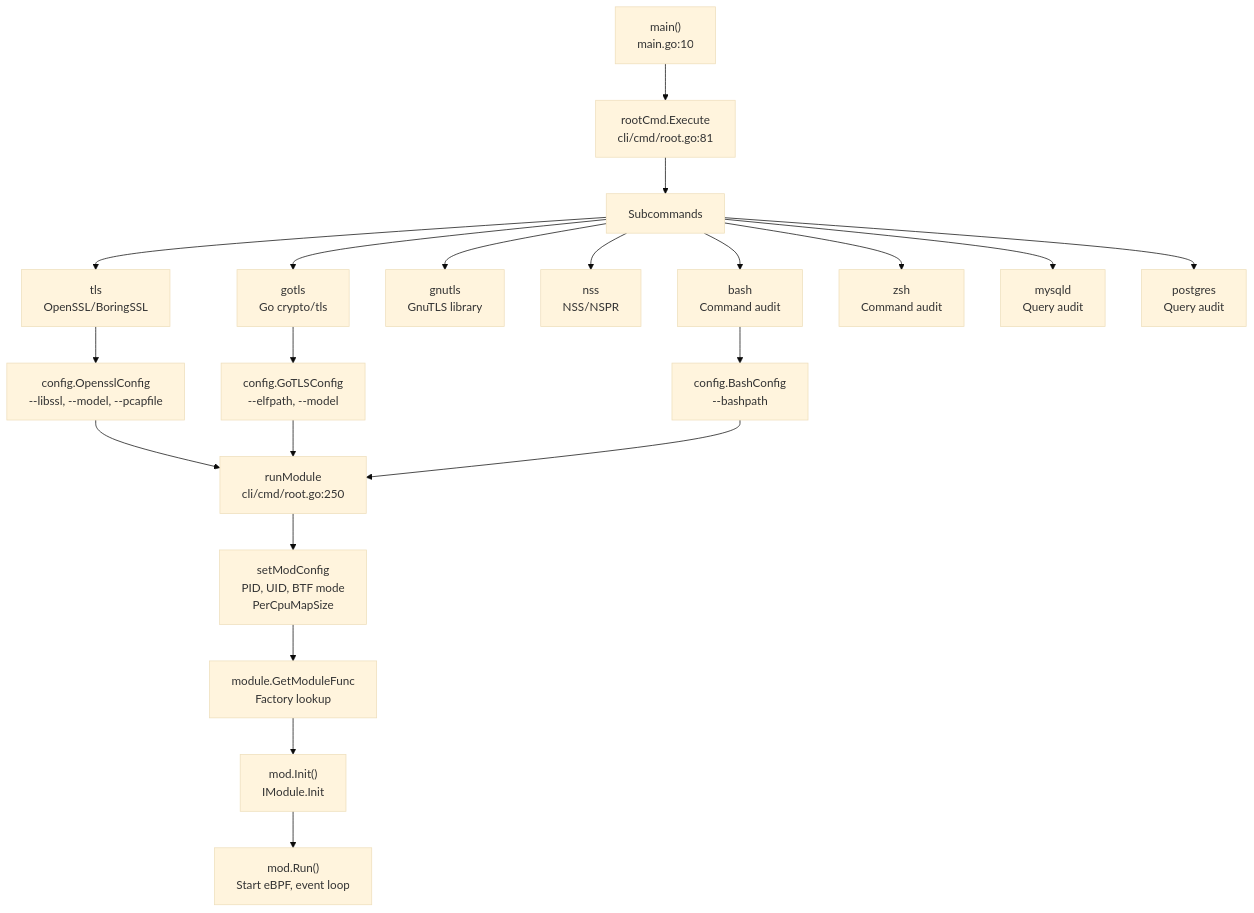
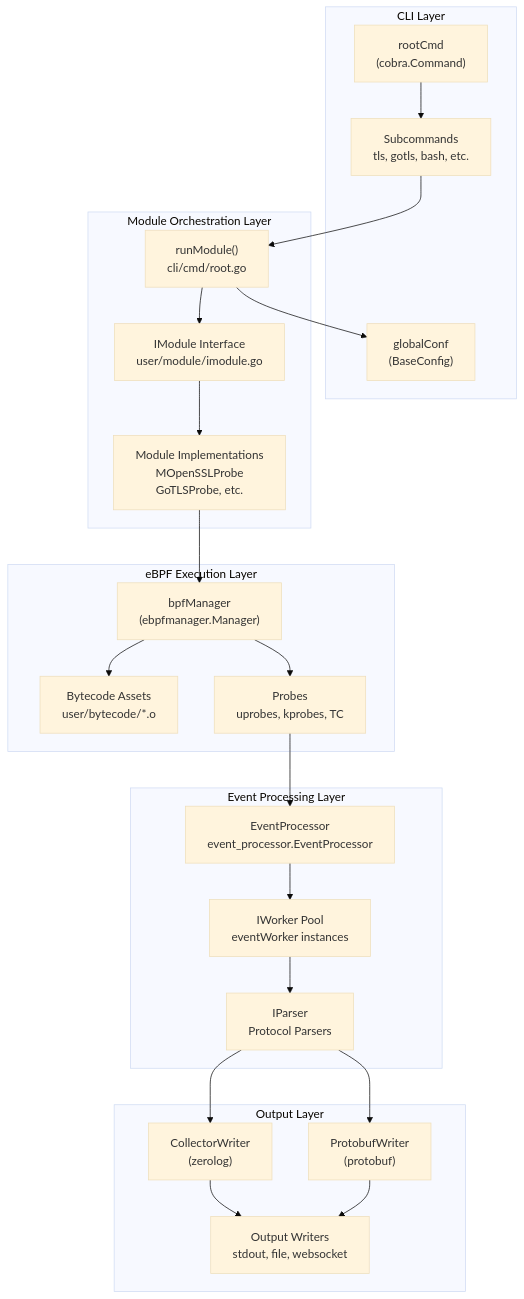
The first of 7 diagrams in src/en/2-architecture/index.md (gojue/ecapture.cc), drawn with Mermaid (base theme) before and after one commit. The commit also changed other lines of this file and 115 other files, not shown here.

````diff
--- a/src/en/2-architecture/index.md
+++ b/src/en/2-architecture/index.md
@@ -192,29 +38,51 @@
 ```mermaid
 graph TB
-    main["main()<br/>main.go:10"] --> rootCmd["rootCmd.Execute<br/>cli/cmd/root.go:81"]
+    subgraph CLI["CLI Layer"]
+        RootCmd["rootCmd<br/>(cobra.Command)"]
+        SubCommands["Subcommands<br/>tls, gotls, bash, etc."]
+        GlobalConf["globalConf<br/>(BaseConfig)"]
+    end
     
-    rootCmd --> SubCommands["Subcommands"]
+    subgraph ModuleOrch["Module Orchestration Layer"]
+        RunModule["runModule()<br/>cli/cmd/root.go"]
+        IModule["IModule Interface<br/>user/module/imodule.go"]
+        ModuleImpl["Module Implementations<br/>MOpenSSLProbe<br/>GoTLSProbe, etc."]
+    end
     
-    SubCommands --> tls["tls<br/>OpenSSL/BoringSSL"]
-    SubCommands --> gotls["gotls<br/>Go crypto/tls"]
-    SubCommands --> gnutls["gnutls<br/>GnuTLS library"]
-    SubCommands --> nss["nss<br/>NSS/NSPR"]
-    SubCommands --> bash["bash<br/>Command audit"]
-    SubCommands --> zsh["zsh<br/>Command audit"]
-    SubCommands --> mysqld["mysqld<br/>Query audit"]
-    SubCommands --> postgres["postgres<br/>Query audit"]
+    subgraph eBPFExec["eBPF Execution Layer"]
+        BPFManager["bpfManager<br/>(ebpfmanager.Manager)"]
+        BytecodeAssets["Bytecode Assets<br/>user/bytecode/*.o"]
+        Probes["Probes<br/>uprobes, kprobes, TC"]
+    end
     
-    tls --> OpensslConfig["config.OpensslConfig<br/>--libssl, --model, --pcapfile"]
-    gotls --> GotlsConfig["config.GoTLSConfig<br/>--elfpath, --model"]
-    bash --> BashConfig["config.BashConfig<br/>--bashpath"]
+    subgraph EventProc["Event Processing Layer"]
+        EventProcessor["EventProcessor<br/>event_processor.EventProcessor"]
+        IWorker["IWorker Pool<br/>eventWorker instances"]
+        IParser["IParser<br/>Protocol Parsers"]
+    end
     
-    OpensslConfig --> runModule["runModule<br/>cli/cmd/root.go:250"]
-    GotlsConfig --> runModule
-    BashConfig --> runModule
+    subgraph Output["Output Layer"]
+        CollectorWriter["CollectorWriter<br/>(zerolog)"]
+        ProtobufWriter["ProtobufWriter<br/>(protobuf)"]
+        Writers["Output Writers<br/>stdout, file, websocket"]
+    end
     
-    runModule --> SetModConfig["setModConfig<br/>PID, UID, BTF mode<br/>PerCpuMapSize"]
-    SetModConfig --> GetModuleFunc["module.GetModuleFunc<br/>Factory lookup"]
+    RootCmd --> SubCommands
+    SubCommands --> RunModule
+    RunModule --> GlobalConf
+    RunModule --> IModule
+    IModule --> ModuleImpl
     
-    GetModuleFunc --> ModInit["mod.Init()<br/>IModule.Init"]
-    ModInit --> ModRun["mod.Run()<br/>Start eBPF, event loop"]
+    ModuleImpl --> BPFManager
+    BPFManager --> BytecodeAssets
+    BPFManager --> Probes
+    
+    Probes --> EventProcessor
+    EventProcessor --> IWorker
+    IWorker --> IParser
+    
+    IParser --> CollectorWriter
+    IParser --> ProtobufWriter
+    CollectorWriter --> Writers
+    ProtobufWriter --> Writers
 ```
````
